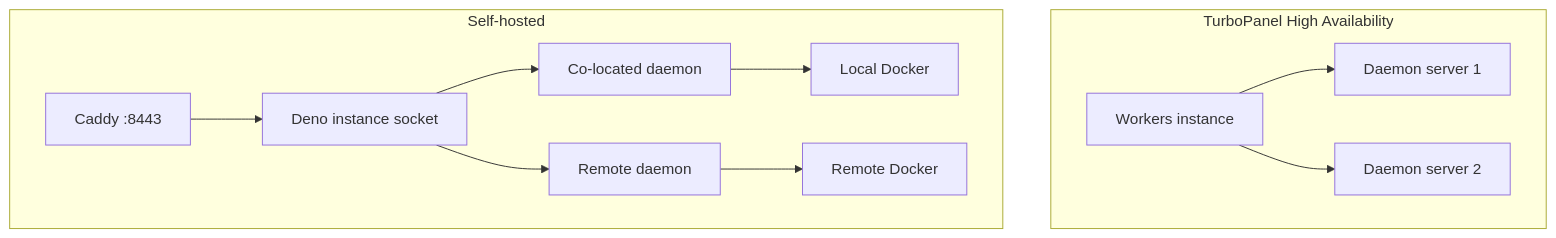
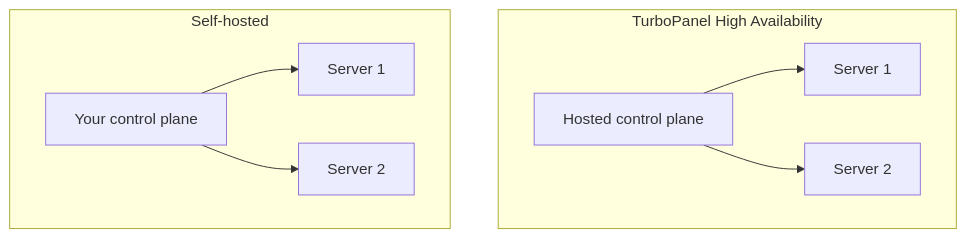
One commit to TurboPanel/website changed the diagram in docs/getting-started/introduction.mdx. Above: the diagram before and after it, drawn with Mermaid. The commit also changed other lines of this file and 28 other files, not shown here.

````diff
--- a/docs/getting-started/introduction.mdx
+++ b/docs/getting-started/introduction.mdx
@@ -50,15 +43,12 @@
 ```mermaid
 graph TB
     subgraph "TurboPanel High Availability"
-        W[Workers instance] --> D1[Daemon server 1]
-        W --> D2[Daemon server 2]
+        H[Hosted control plane] --> D1[Server 1]
+        H --> D2[Server 2]
     end
 
     subgraph "Self-hosted"
-        C[Caddy :8443] --> I[Deno instance socket]
-        I --> CD[Co-located daemon]
-        I --> D3[Remote daemon]
-        CD --> Docker1[Local Docker]
-        D3 --> Docker2[Remote Docker]
+        S[Your control plane] --> D3[Server 1]
+        S --> D4[Server 2]
     end
 ```
````
